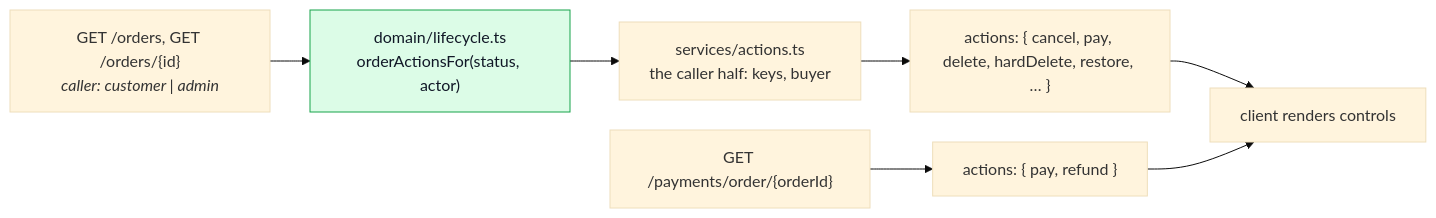
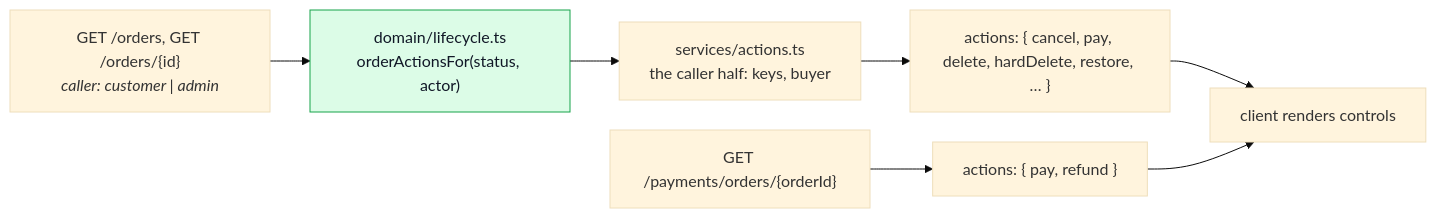
One commit to Guebbit/boilerplate-node-backend changed the seventh of 12 diagrams in docs/theory/tactical-ddd.md. Above: the diagram before and after it, drawn with Mermaid (base theme). The commit also changed other lines of this file and 45 other files, not shown here.

First line of the commit message:
feat(payments)!: plural /payments/orders/{orderId} and /delivery/orders/{orderId}

````diff
--- a/docs/theory/tactical-ddd.md
+++ b/docs/theory/tactical-ddd.md
@@ -315,13 +315,13 @@
 ```mermaid
 %%{init: {'flowchart': {'nodeSpacing': 30, 'rankSpacing': 40}}}%%
 flowchart LR
     REQ["GET /orders, GET /orders/{id}<br/><i>caller: customer | admin</i>"] --> L["domain/lifecycle.ts<br/>orderActionsFor(status, actor)"]
     L --> C["services/actions.ts<br/>the caller half: keys, buyer"]
     C --> A["actions: { cancel, pay, delete, hardDelete, restore, … }"]
-    REQ2["GET /payments/order/{orderId}"] --> PA["actions: { pay, refund }"]
+    REQ2["GET /payments/orders/{orderId}"] --> PA["actions: { pay, refund }"]
     A --> UI["client renders controls"]
     PA --> UI
 
     classDef pure fill:#dcfce7,stroke:#16a34a,color:#111827;
     class L pure;
 ```
````
